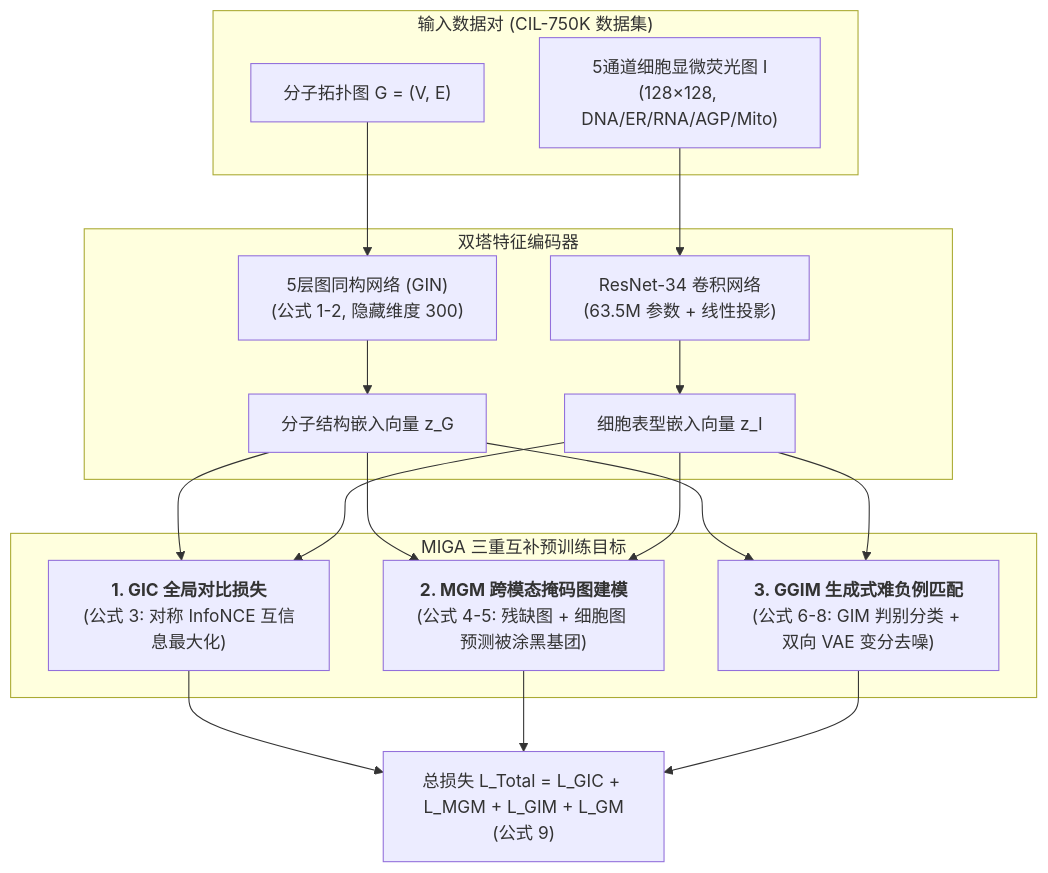
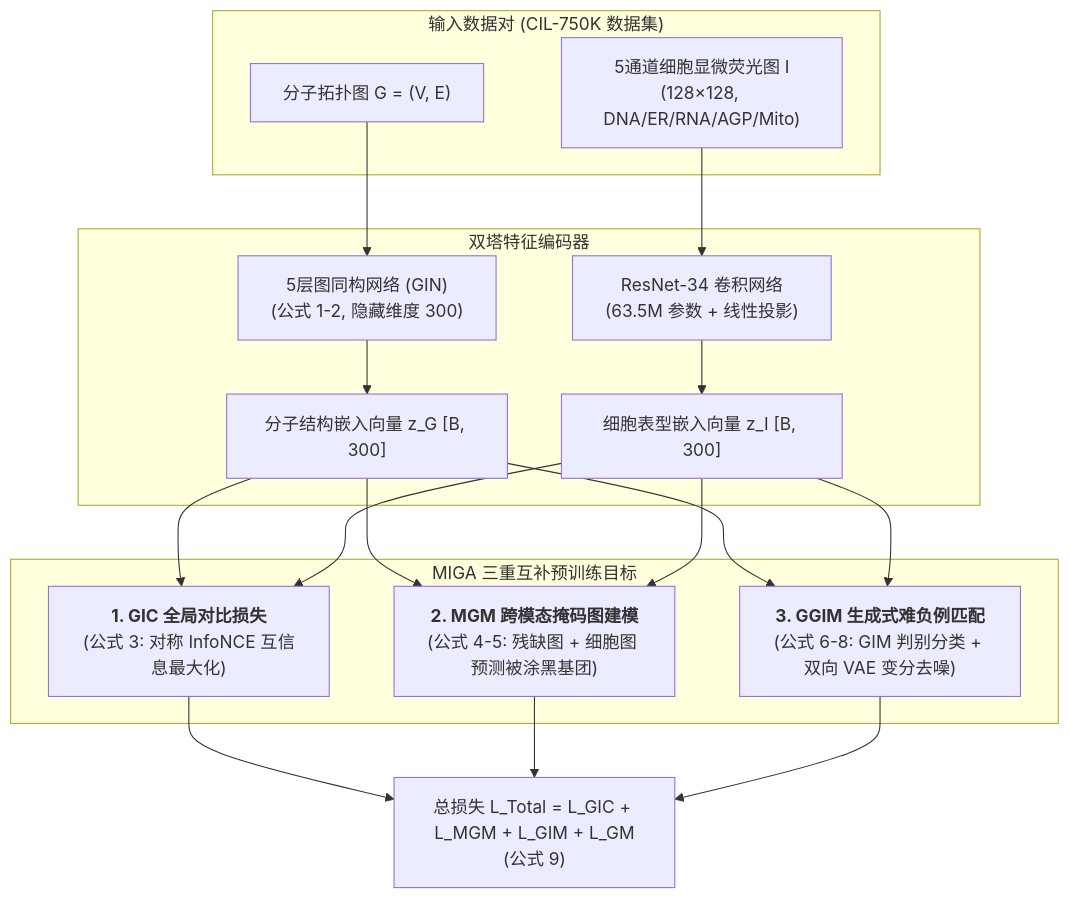
Before and after one commit to X-Hang7597/Obsidian-Notes: the first of 2 diagrams in 论文精读/2024-AdvSci-MIGA-结合细胞图像的跨模态分子图对比学习.md, drawn with Mermaid. The commit also changed other lines of this file, not shown here.

````diff
--- a/论文精读/2024-AdvSci-MIGA-结合细胞图像的跨模态分子图对比学习.md
+++ b/论文精读/2024-AdvSci-MIGA-结合细胞图像的跨模态分子图对比学习.md
@@ -51,22 +51,22 @@
 ```mermaid
 flowchart TD
     subgraph Data["输入数据对 (CIL-750K 数据集)"]
         G["分子拓扑图 G = (V, E)"]
         I["5通道细胞显微荧光图 I<br>(128×128, DNA/ER/RNA/AGP/Mito)"]
     end
 
     subgraph Encoders["双塔特征编码器"]
         G --> GIN["5层图同构网络 (GIN)<br>(公式 1-2, 隐藏维度 300)"]
         I --> CNN["ResNet-34 卷积网络<br>(63.5M 参数 + 线性投影)"]
-        GIN --> ZG["分子结构嵌入向量 z_G"]
-        CNN --> ZI["细胞表型嵌入向量 z_I"]
+        GIN --> ZG["分子结构嵌入向量 z_G [B, 300]"]
+        CNN --> ZI["细胞表型嵌入向量 z_I [B, 300]"]
     end
 
     subgraph Losses["MIGA 三重互补预训练目标"]
         ZG & ZI --> L1["<b>1. GIC 全局对比损失</b><br>(公式 3: 对称 InfoNCE 互信息最大化)"]
         ZG & ZI --> L2["<b>2. MGM 跨模态掩码图建模</b><br>(公式 4-5: 残缺图 + 细胞图 预测被涂黑基团)"]
         ZG & ZI --> L3["<b>3. GGIM 生成式难负例匹配</b><br>(公式 6-8: GIM 判别分类 + 双向 VAE 变分去噪)"]
     end
 
     L1 & L2 & L3 --> TotalLoss["总损失 L_Total = L_GIC + L_MGM + L_GIM + L_GM<br>(公式 9)"]
 ```
````
